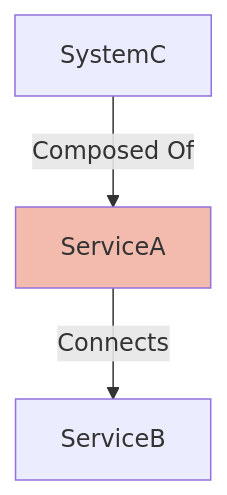
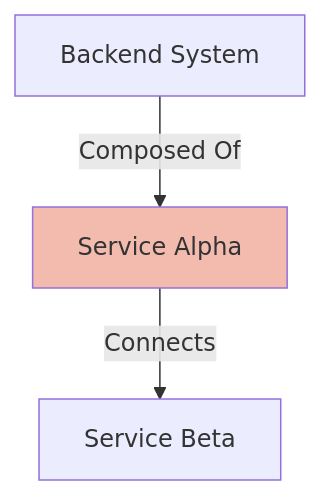
Before and after one commit to finos/architecture-as-code: the diagram in calm-widgets/test-fixtures/related-nodes-widget/node-with-related/expected.md, drawn with Mermaid. The commit also changed 61 other files, not shown here.

First line of the commit message:
fix(calm-widgets): resolve node names instead of raw ids in related-nodes diagrams (#2883)

````diff
--- a/calm-widgets/test-fixtures/related-nodes-widget/node-with-related/expected.md
+++ b/calm-widgets/test-fixtures/related-nodes-widget/node-with-related/expected.md
@@ -1,7 +1,7 @@
 ```mermaid
 graph TD;
-ServiceA[ServiceA]:::highlight;
-ServiceA -- Connects --> ServiceB;
-SystemC -- Composed Of --> ServiceA;
+svc-a[Service Alpha]:::highlight;
+svc-a[Service Alpha] -- Connects --> svc-b[Service Beta];
+system-c[Backend System] -- Composed Of --> svc-a[Service Alpha];
 classDef highlight fill:#f2bbae;
 ```
````
